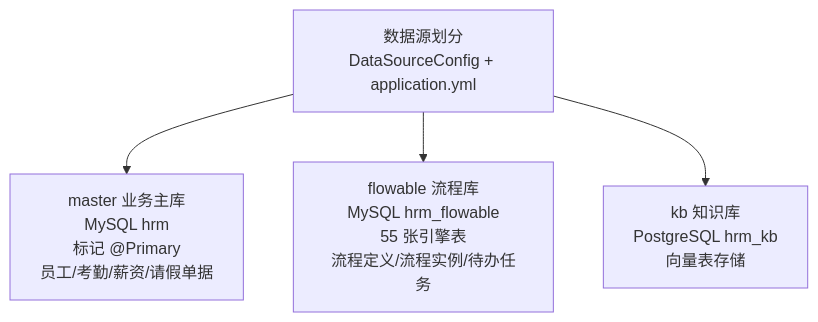
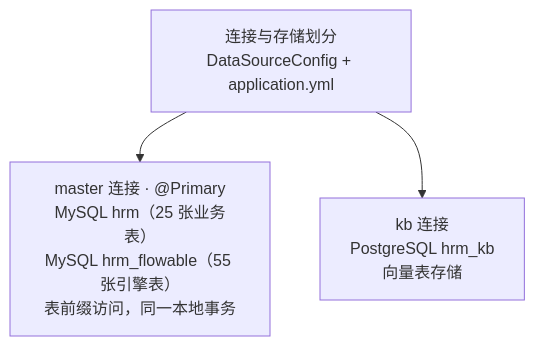
Before and after one commit to quuuuj/hrm: the first of 2 diagrams in docs/note/15-Flowable流程实现.md, drawn with Mermaid. The commit also changed other lines of this file and 11 other files, not shown here.

First line of the commit message:
refactor: Flowable表前缀复用主数据源并收敛请假事务与并发处理

````diff
--- a/docs/note/15-Flowable流程实现.md
+++ b/docs/note/15-Flowable流程实现.md
@@ -55,7 +65,6 @@
 ```mermaid
 flowchart TD
-    Sources["数据源划分<br/>DataSourceConfig + application.yml"]
-    Sources --> Master["master 业务主库<br/>MySQL hrm<br/>标记 @Primary<br/>员工/考勤/薪资/请假单据"]
-    Sources --> Flow["flowable 流程库<br/>MySQL hrm_flowable<br/>55 张引擎表<br/>流程定义/流程实例/待办任务"]
-    Sources --> Kb["kb 知识库<br/>PostgreSQL hrm_kb<br/>向量表存储"]
+    Sources["连接与存储划分<br/>DataSourceConfig + application.yml"]
+    Sources --> Master["master 连接 · @Primary<br/>MySQL hrm（25 张业务表）<br/>MySQL hrm_flowable（55 张引擎表）<br/>表前缀访问，同一本地事务"]
+    Sources --> Kb["kb 连接<br/>PostgreSQL hrm_kb<br/>向量表存储"]
 ```
````
